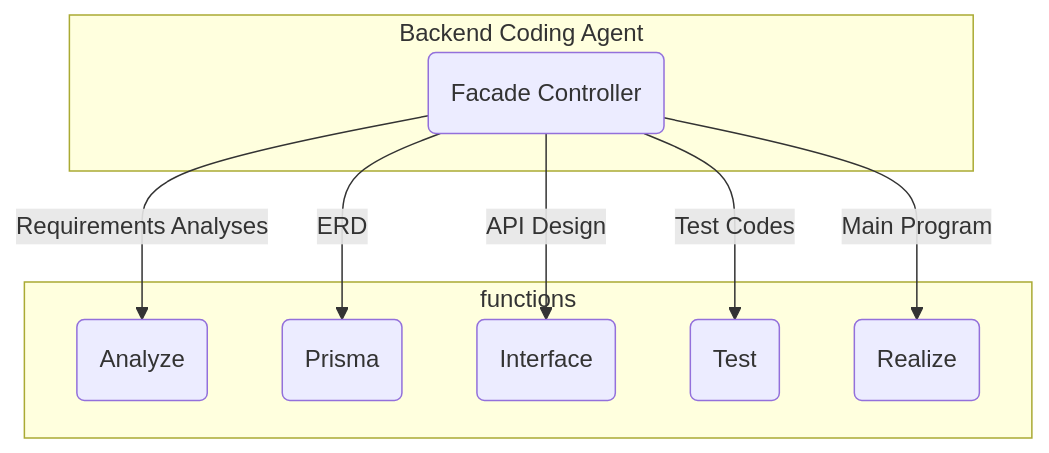
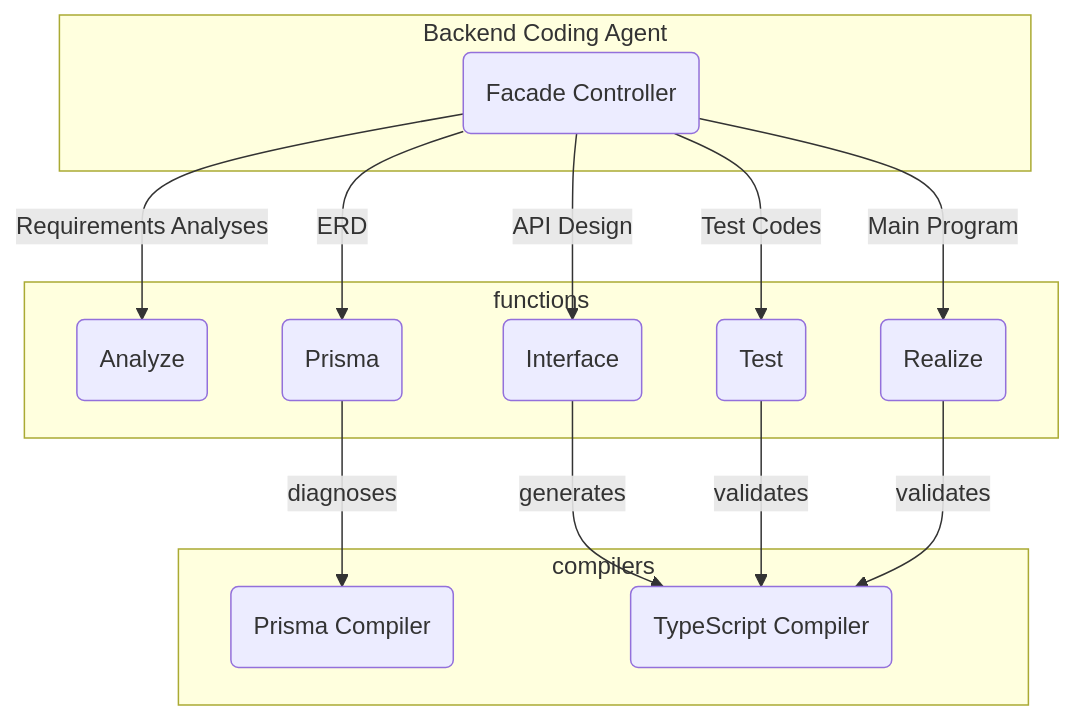
One commit to RavenView-ai/autobe changed the first of 2 diagrams in README.md. Above: the diagram before and after it, drawn with Mermaid. The commit also changed other lines of this file and 19 other files, not shown here.

````diff
--- a/README.md
+++ b/README.md
@@ -22,13 +23,19 @@
 ```mermaid
 flowchart
 subgraph "Backend Coding Agent"
   coder("Facade Controller")
 end
 subgraph "functions"
   coder --"Requirements Analyses"--> analyze("Analyze")
   coder --"ERD"--> prisma("Prisma")
   coder --"API Design"--> interface("Interface")
   coder --"Test Codes" --> test("Test")
   coder --"Main Program" --> realize("Realize")
 end
+subgraph "compilers"
+  prisma --"diagnoses" --> prismaCompiler("Prisma Compiler")
+  interface --"generates" --> tsCompiler("TypeScript Compiler")
+  test --"validates" --> tsCompiler("TypeScript Compiler")
+  realize --"validates" --> tsCompiler("TypeScript Compiler")
+end
 ```
````
